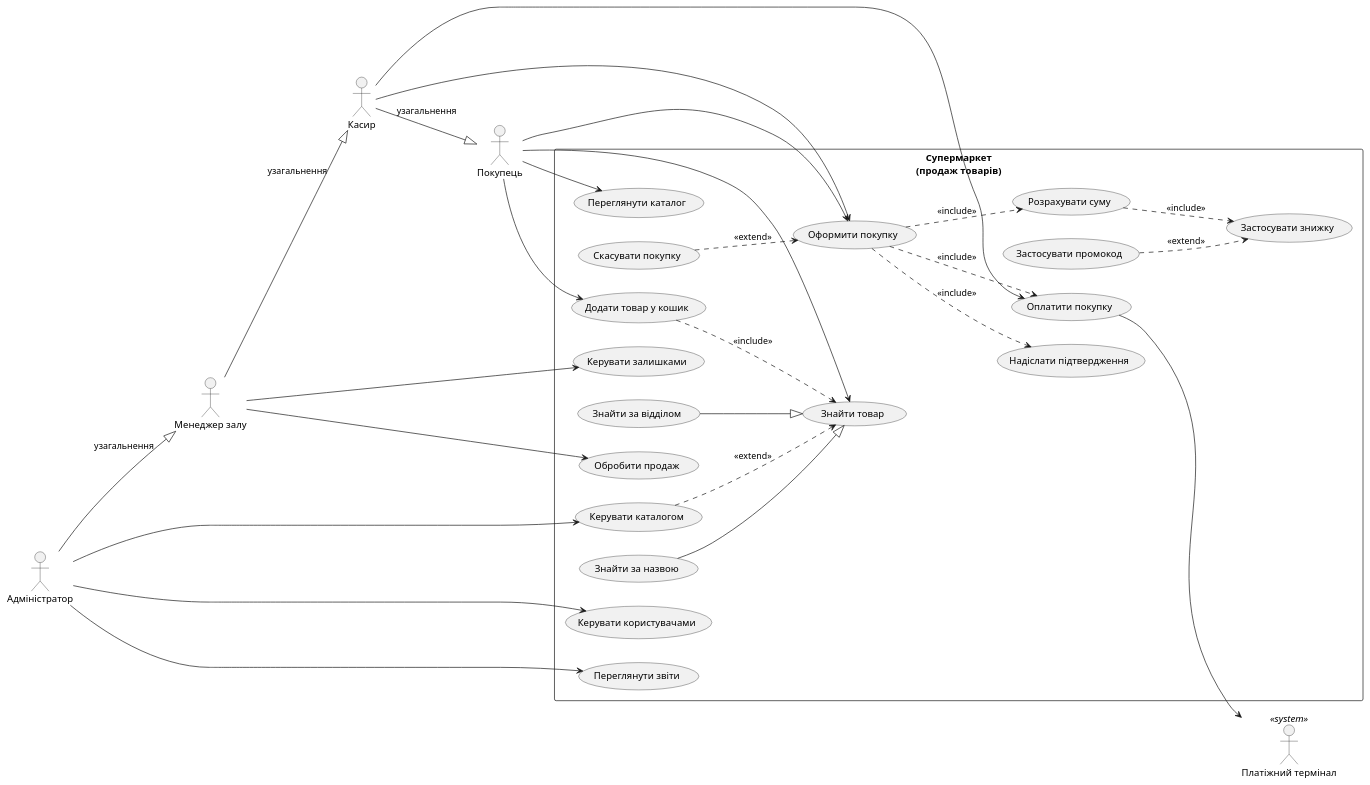
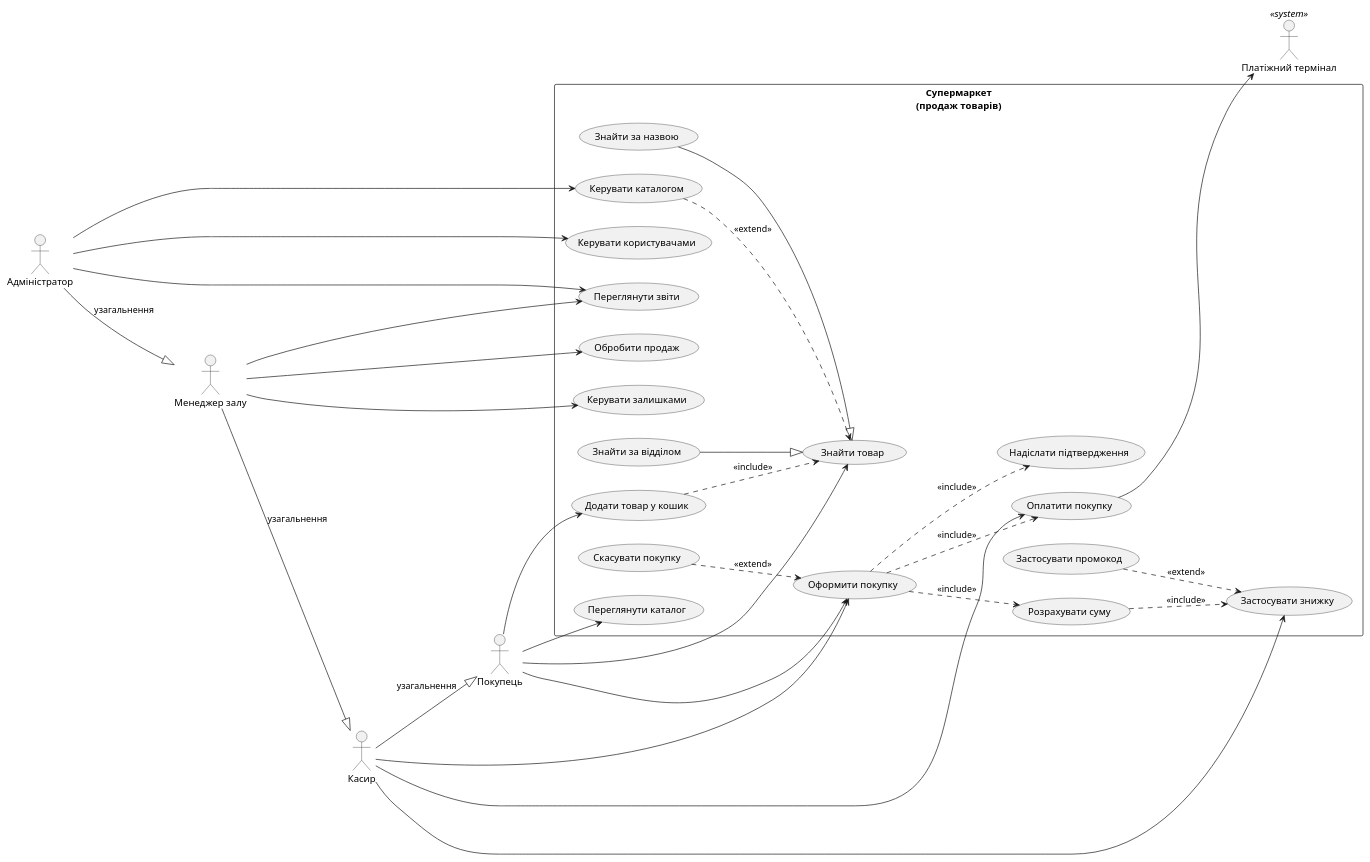
Before and after one commit to Al-Hav-ic/ci-cd-lab: the diagram in docs/use-case-diagram.puml, drawn with PlantUML. The commit also changed 29 other files, not shown here.

```diff
--- a/docs/use-case-diagram.puml
+++ b/docs/use-case-diagram.puml
@@ -1,62 +1,64 @@
 @startuml
 left to right direction
 skinparam packageStyle rectangle
 skinparam defaultFontName Arial
 
 actor "Покупець" as Customer
 actor "Касир" as Cashier
 actor "Менеджер залу" as Manager
 actor "Адміністратор" as Admin
 actor "Платіжний термінал" as Terminal <<system>>
 
 Cashier --|> Customer : узагальнення
 Manager --|> Cashier : узагальнення
 Admin --|> Manager : узагальнення
 
 rectangle "Супермаркет\n(продаж товарів)" {
   usecase "Переглянути каталог" as UC_Browse
   usecase "Знайти товар" as UC_Search
   usecase "Знайти за відділом" as UC_SearchCat
   usecase "Знайти за назвою" as UC_SearchName
   usecase "Додати товар у кошик" as UC_Cart
   usecase "Оформити покупку" as UC_Order
   usecase "Розрахувати суму" as UC_Total
   usecase "Застосувати знижку" as UC_Discount
   usecase "Застосувати промокод" as UC_Promo
   usecase "Оплатити покупку" as UC_Pay
   usecase "Надіслати підтвердження" as UC_Notify
   usecase "Скасувати покупку" as UC_Cancel
   usecase "Обробити продаж" as UC_Process
   usecase "Керувати залишками" as UC_Stock
   usecase "Керувати каталогом" as UC_Catalog
   usecase "Керувати користувачами" as UC_Users
   usecase "Переглянути звіти" as UC_Reports
 }
 
 Customer --> UC_Browse
 Customer --> UC_Search
 Customer --> UC_Cart
 Customer --> UC_Order
 Cashier --> UC_Order
 Cashier --> UC_Pay
+Cashier --> UC_Discount
 Manager --> UC_Process
 Manager --> UC_Stock
+Manager --> UC_Reports
 Admin --> UC_Catalog
 Admin --> UC_Users
 Admin --> UC_Reports
 
 UC_SearchCat --|> UC_Search
 UC_SearchName --|> UC_Search
 
 UC_Order ..> UC_Total : <<include>>
 UC_Order ..> UC_Pay : <<include>>
 UC_Order ..> UC_Notify : <<include>>
 UC_Total ..> UC_Discount : <<include>>
 UC_Cart ..> UC_Search : <<include>>
 
 UC_Promo ..> UC_Discount : <<extend>>
 UC_Cancel ..> UC_Order : <<extend>>
 UC_Catalog ..> UC_Search : <<extend>>
 
 UC_Pay --> Terminal
 @enduml
```
